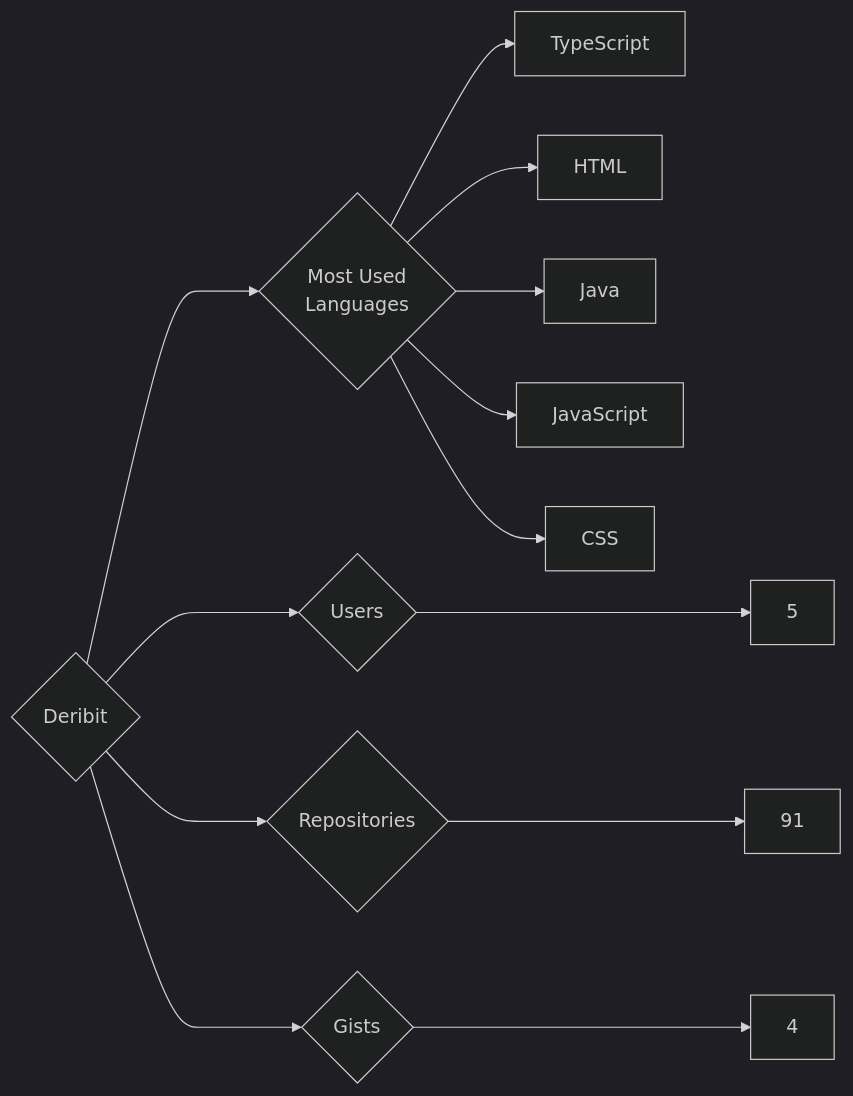
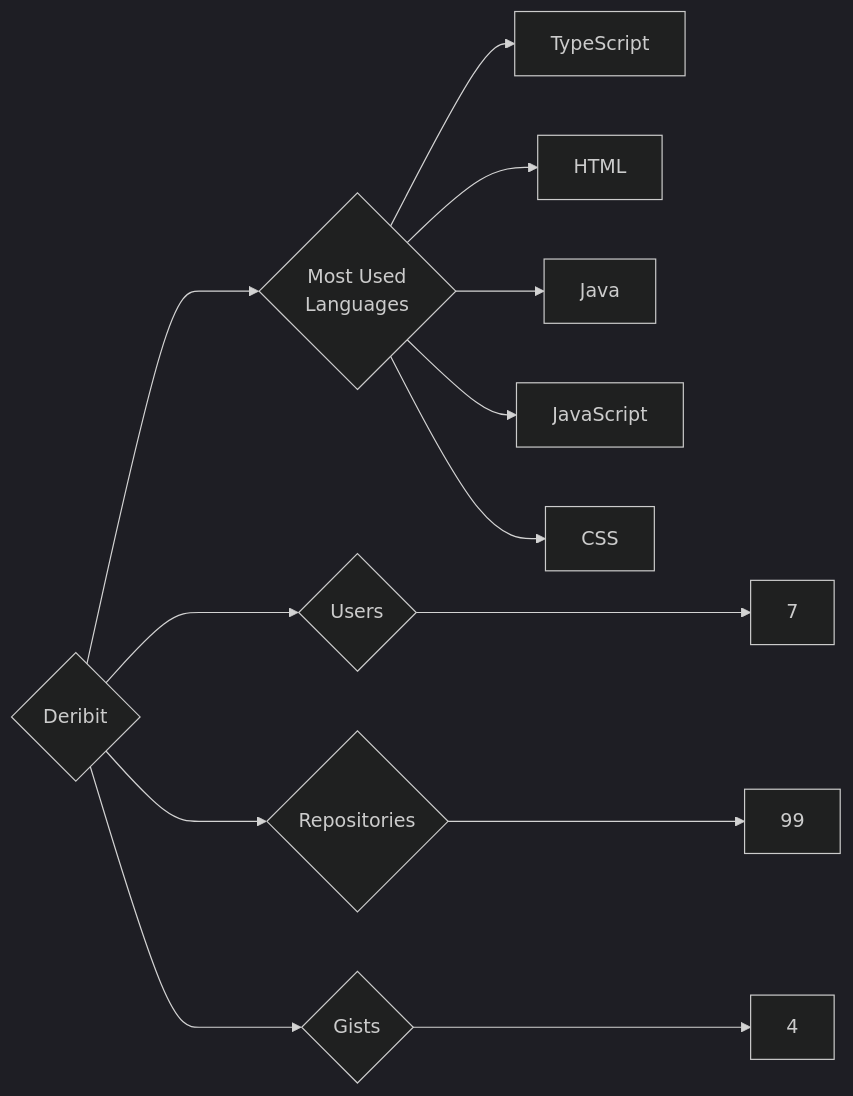
One commit to trickest/insiders changed the diagram in targets/Deribit/README.md. Above: the diagram before and after it, drawn with Mermaid (dark theme). The commit also changed 942 other files, not shown here.

````diff
--- a/targets/Deribit/README.md
+++ b/targets/Deribit/README.md
@@ -3,13 +3,13 @@
 ```mermaid
 graph LR
 COMPANY_NAME{Deribit}
-COMPANY_NAME ---> U{Users} ---> UN[5]
-COMPANY_NAME ---> R{Repositories} ---> RN[91]
+COMPANY_NAME ---> U{Users} ---> UN[7]
+COMPANY_NAME ---> R{Repositories} ---> RN[99]
 COMPANY_NAME ---> G{Gists} ---> GN[4]
 COMPANY_NAME ---> ML{Most Used<br>Languages}
 ML --> TypeScript[TypeScript]
 ML --> HTML[HTML]
 ML --> Java[Java]
 ML --> JavaScript[JavaScript]
 ML --> CSS[CSS]
 ```
````
